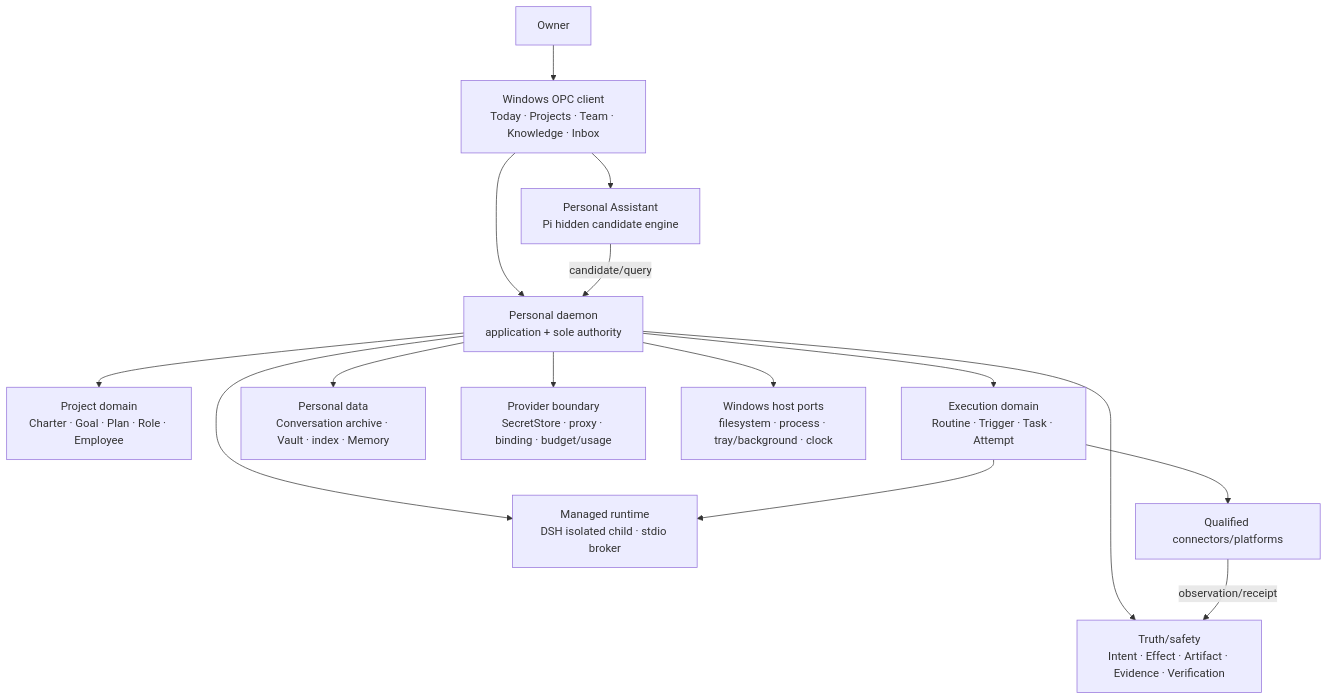
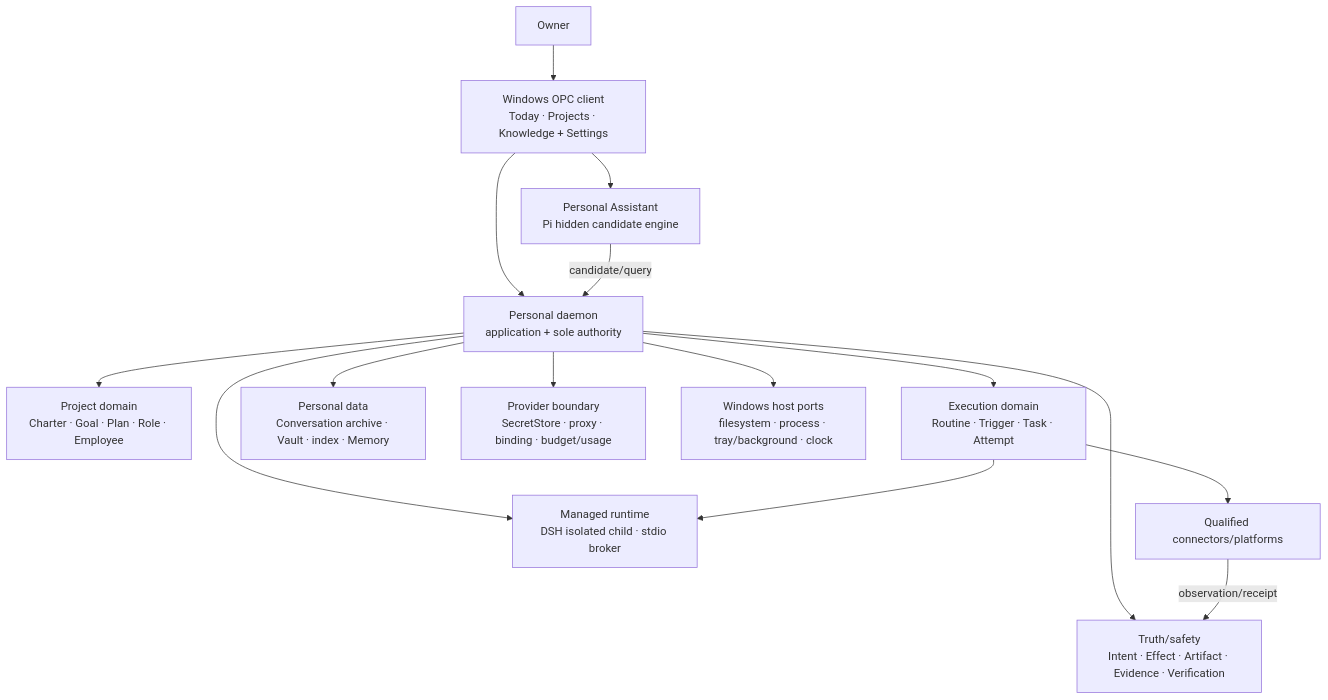
Before and after one commit to agentkernel/cognitive-os: the diagram in personal/docs/architecture/system-architecture.md, drawn with Mermaid. The commit also changed other lines of this file and 30 other files, not shown here.

````diff
--- a/personal/docs/architecture/system-architecture.md
+++ b/personal/docs/architecture/system-architecture.md
@@ -25,30 +25,30 @@
 ```mermaid
 flowchart TB
   owner["Owner"]
-  client["Windows OPC client\nToday · Projects · Team · Knowledge · Inbox"]
+  client["Windows OPC client\nToday · Projects · Knowledge + Settings"]
   assistant["Personal Assistant\nPi hidden candidate engine"]
   daemon["Personal daemon\napplication + sole authority"]
   project["Project domain\nCharter · Goal · Plan · Role · Employee"]
   execution["Execution domain\nRoutine · Trigger · Task · Attempt"]
   truth["Truth/safety\nIntent · Effect · Artifact · Evidence · Verification"]
   memory["Personal data\nConversation archive · Vault · index · Memory"]
   runtime["Managed runtime\nDSH isolated child · stdio broker"]
   provider["Provider boundary\nSecretStore · proxy · binding · budget/usage"]
   windows["Windows host ports\nfilesystem · process · tray/background · clock"]
   external["Qualified connectors/platforms"]
 
   owner --> client
   client --> assistant
   client --> daemon
   assistant -->|"candidate/query"| daemon
   daemon --> project
   daemon --> execution
   daemon --> truth
   daemon --> memory
   daemon --> runtime
   daemon --> provider
   daemon --> windows
   execution --> runtime
   execution --> external
   external -->|"observation/receipt"| truth
 ```
````
